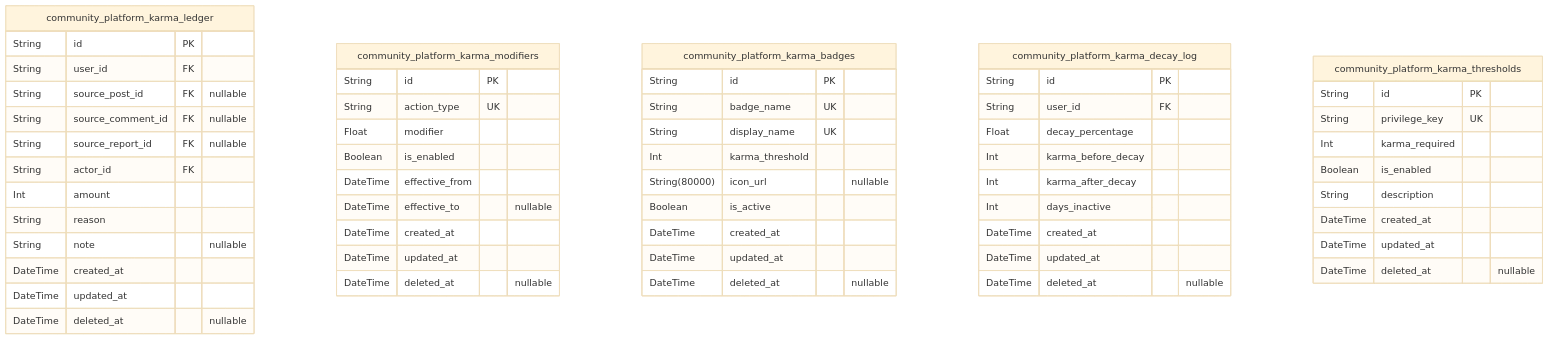
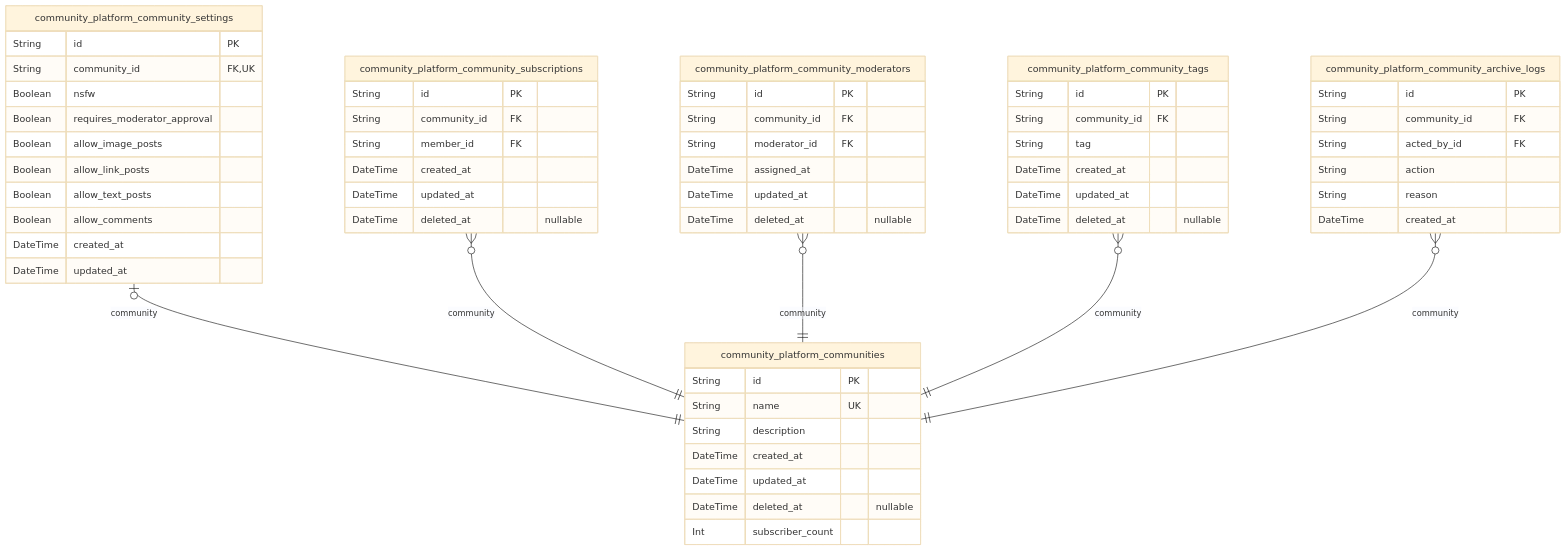
The third of 10 diagrams in qwen/qwen3-next-80b-a3b-instruct/reddit/docs/ERD.md (wrtnlabs/autobe-examples), drawn with Mermaid (base theme) before and after one commit. The commit also changed other lines of this file and 22498 other files, not shown here.

````diff
--- a/qwen/qwen3-next-80b-a3b-instruct/reddit/docs/ERD.md
+++ b/qwen/qwen3-next-80b-a3b-instruct/reddit/docs/ERD.md
@@ -692,60 +1132,61 @@
 ```mermaid
 erDiagram
-"community_platform_karma_ledger" {
+"community_platform_communities" {
   String id PK
-  String user_id FK
-  String source_post_id FK "nullable"
-  String source_comment_id FK "nullable"
-  String source_report_id FK "nullable"
-  String actor_id FK
-  Int amount
-  String reason
-  String note "nullable"
+  String name UK
+  String description
+  DateTime created_at
+  DateTime updated_at
+  DateTime deleted_at "nullable"
+  Int subscriber_count
+}
+"community_platform_community_settings" {
+  String id PK
+  String community_id FK,UK
+  Boolean nsfw
+  Boolean requires_moderator_approval
+  Boolean allow_image_posts
+  Boolean allow_link_posts
+  Boolean allow_text_posts
+  Boolean allow_comments
+  DateTime created_at
+  DateTime updated_at
+}
+"community_platform_community_subscriptions" {
+  String id PK
+  String community_id FK
+  String member_id FK
   DateTime created_at
   DateTime updated_at
   DateTime deleted_at "nullable"
 }
-"community_platform_karma_modifiers" {
+"community_platform_community_moderators" {
   String id PK
-  String action_type UK
-  Float modifier
-  Boolean is_enabled
-  DateTime effective_from
-  DateTime effective_to "nullable"
+  String community_id FK
+  String moderator_id FK
+  DateTime assigned_at
+  DateTime updated_at
+  DateTime deleted_at "nullable"
+}
+"community_platform_community_tags" {
+  String id PK
+  String community_id FK
+  String tag
   DateTime created_at
   DateTime updated_at
   DateTime deleted_at "nullable"
 }
-"community_platform_karma_badges" {
+"community_platform_community_archive_logs" {
   String id PK
-  String badge_name UK
-  String display_name UK
-  Int karma_threshold
-  String(80000) icon_url "nullable"
-  Boolean is_active
+  String community_id FK
+  String acted_by_id FK
+  String action
+  String reason
   DateTime created_at
-  DateTime updated_at
-  DateTime deleted_at "nullable"
 }
-"community_platform_karma_decay_log" {
-  String id PK
-  String user_id FK
-  Float decay_percentage
-  Int karma_before_decay
-  Int karma_after_decay
-  Int days_inactive
-  DateTime created_at
-  DateTime updated_at
-  DateTime deleted_at "nullable"
-}
-"community_platform_karma_thresholds" {
-  String id PK
-  String privilege_key UK
-  Int karma_required
-  Boolean is_enabled
-  String description
-  DateTime created_at
-  DateTime updated_at
-  DateTime deleted_at "nullable"
-}
+"community_platform_community_settings" |o--|| "community_platform_communities" : community
+"community_platform_community_subscriptions" }o--|| "community_platform_communities" : community
+"community_platform_community_moderators" }o--|| "community_platform_communities" : community
+"community_platform_community_tags" }o--|| "community_platform_communities" : community
+"community_platform_community_archive_logs" }o--|| "community_platform_communities" : community
 ```
````
